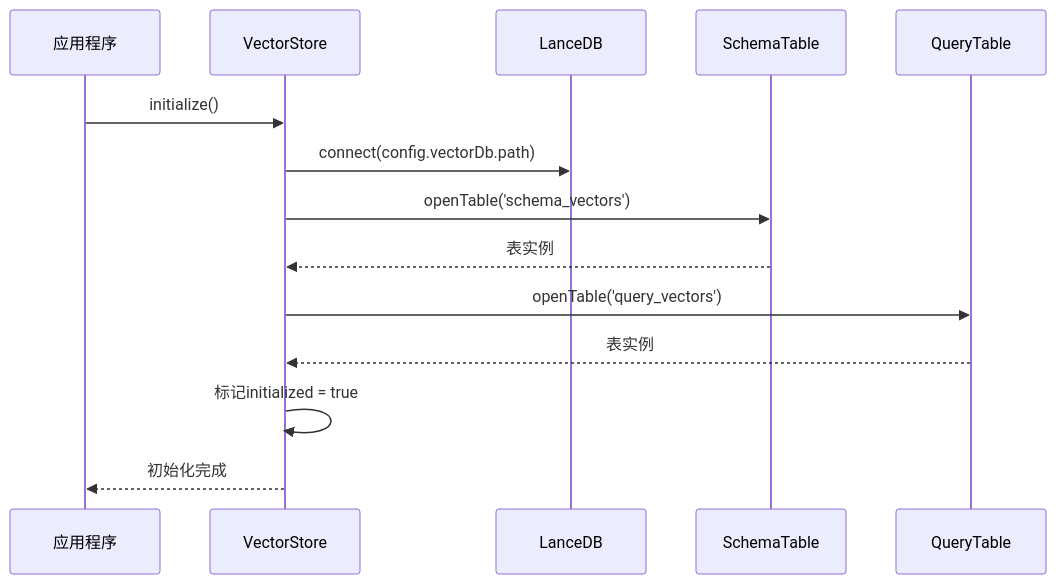
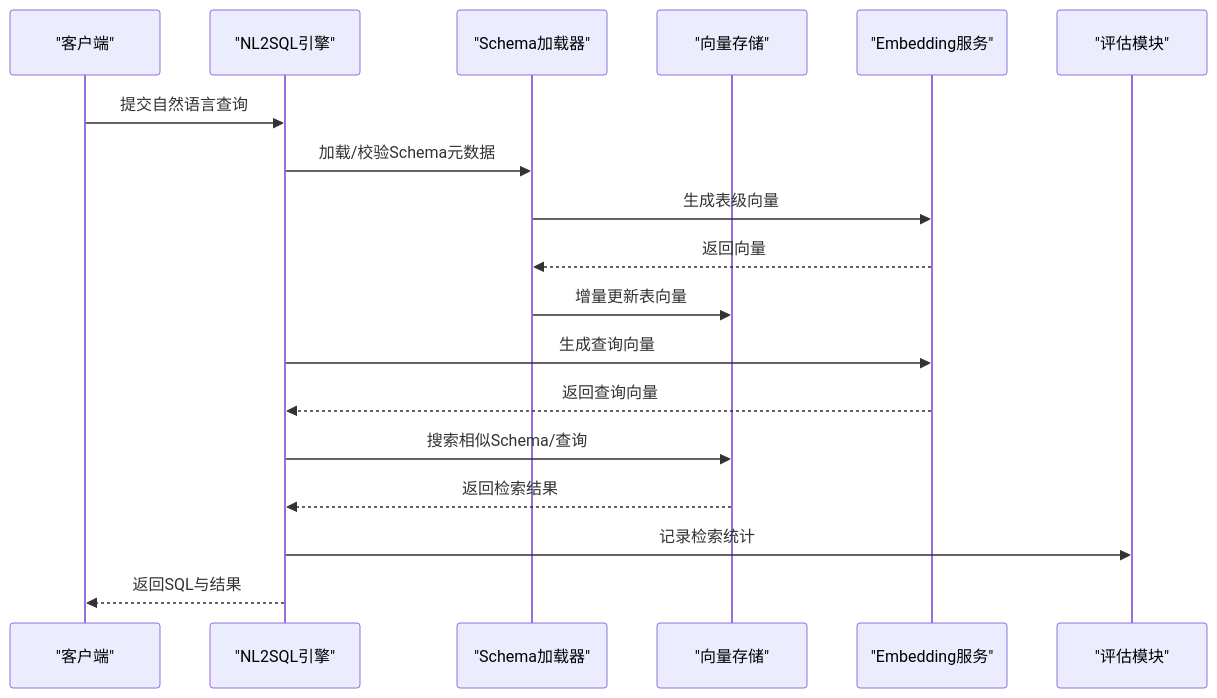
Before and after one commit to HanHuiOnLine/724-office: the second of 9 diagrams in NL2SQL/.qoder/repowiki/zh/content/记忆系统/向量存储系统.md, drawn with Mermaid. The commit also changed other lines of this file and 203 other files, not shown here.

````diff
--- a/NL2SQL/.qoder/repowiki/zh/content/记忆系统/向量存储系统.md
+++ b/NL2SQL/.qoder/repowiki/zh/content/记忆系统/向量存储系统.md
@@ -191,16 +115,20 @@
 ```mermaid
 sequenceDiagram
-participant App as 应用程序
-participant VS as VectorStore
-participant LDB as LanceDB
-participant ST as SchemaTable
-participant QT as QueryTable
-App->>VS : initialize()
-VS->>LDB : connect(config.vectorDb.path)
-VS->>ST : openTable('schema_vectors')
-ST-->>VS : 表实例
-VS->>QT : openTable('query_vectors')
-QT-->>VS : 表实例
-VS->>VS : 标记initialized = true
-VS-->>App : 初始化完成
+participant Client as "客户端"
+participant Engine as "NL2SQL引擎"
+participant Loader as "Schema加载器"
+participant Vector as "向量存储"
+participant LLM as "Embedding服务"
+participant Eval as "评估模块"
+Client->>Engine : 提交自然语言查询
+Engine->>Loader : 加载/校验Schema元数据
+Loader->>LLM : 生成表级向量
+LLM-->>Loader : 返回向量
+Loader->>Vector : 增量更新表向量
+Engine->>LLM : 生成查询向量
+LLM-->>Engine : 返回查询向量
+Engine->>Vector : 搜索相似Schema/查询
+Vector-->>Engine : 返回检索结果
+Engine->>Eval : 记录检索统计
+Engine-->>Client : 返回SQL与结果
 ```
````
